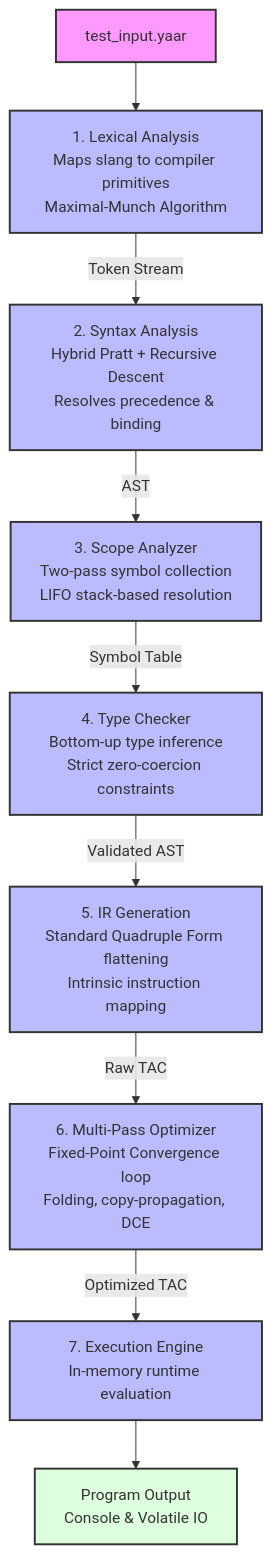
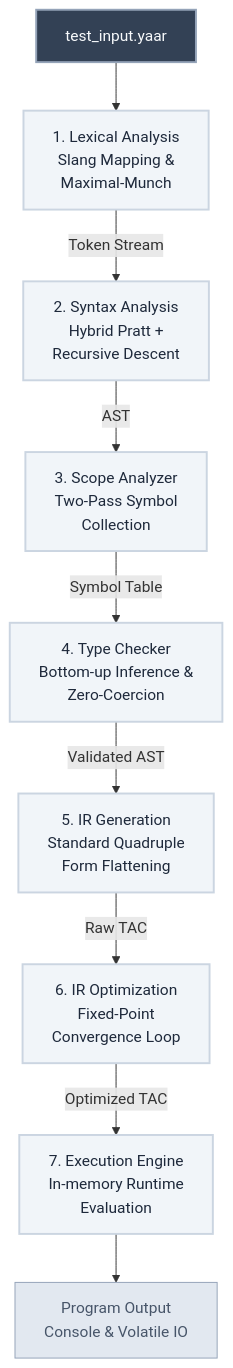
The diagram in README.md (BazilSuhail/YaarScript), drawn with Mermaid before and after one commit. The commit also changed other lines of this file, not shown here.

````diff
--- a/README.md
+++ b/README.md
@@ -63,15 +63,16 @@
 ```mermaid
 graph TD
-    classDef file fill:#f9f,stroke:#333,stroke-width:2px;
-    classDef phase fill:#bbf,stroke:#333,stroke-width:2px;
-    classDef data fill:#dfd,stroke:#333,stroke-width:2px;
+    %% Theme-neutral definitions for GitHub Light/Dark compatibility
+    classDef file fill:#334155,stroke:#94a3b8,stroke-width:2px,color:#f8fafc;
+    classDef phase fill:#f1f5f9,stroke:#cbd5e1,stroke-width:2px,color:#1e293b;
+    classDef data fill:#e2e8f0,stroke:#94a3b8,stroke-width:1px,color:#475569;
 
-    Source[test_input.yaar]:::file --> Lexer[1. Lexical Analysis<br/>Maps slang to compiler primitives<br/>Maximal-Munch Algorithm]:::phase
-    Lexer -->|Token Stream| Parser[2. Syntax Analysis<br/>Hybrid Pratt + Recursive Descent<br/>Resolves precedence & binding]:::phase
-    Parser -->|AST| Scope[3. Scope Analyzer<br/>Two-pass symbol collection<br/>LIFO stack-based resolution]:::phase
-    Scope -->|Symbol Table| Type[4. Type Checker<br/>Bottom-up type inference<br/>Strict zero-coercion constraints]:::phase
-    Type -->|Validated AST| TAC[5. IR Generation<br/>Standard Quadruple Form flattening<br/>Intrinsic instruction mapping]:::phase
-    TAC -->|Raw TAC| Opt[6. Multi-Pass Optimizer<br/>Fixed-Point Convergence loop<br/>Folding, copy-propagation, DCE]:::phase
-    Opt -->|Optimized TAC| Exec[7. Execution Engine<br/>In-memory runtime evaluation]:::phase
+    Source[test_input.yaar]:::file --> Lexer[1. Lexical Analysis<br/>Slang Mapping &<br/>Maximal-Munch]:::phase
+    Lexer -->|Token Stream| Parser[2. Syntax Analysis<br/>Hybrid Pratt +<br/>Recursive Descent]:::phase
+    Parser -->|AST| Scope[3. Scope Analyzer<br/>Two-Pass Symbol<br/>Collection]:::phase
+    Scope -->|Symbol Table| Type[4. Type Checker<br/>Bottom-up Inference &<br/>Zero-Coercion]:::phase
+    Type -->|Validated AST| TAC[5. IR Generation<br/>Standard Quadruple<br/>Form Flattening]:::phase
+    TAC -->|Raw TAC| Opt[6. IR Optimization<br/>Fixed-Point<br/>Convergence Loop]:::phase
+    Opt -->|Optimized TAC| Exec[7. Execution Engine<br/>In-memory Runtime<br/>Evaluation]:::phase
     Exec --> Output[Program Output<br/>Console & Volatile IO]:::data
 ```
````
